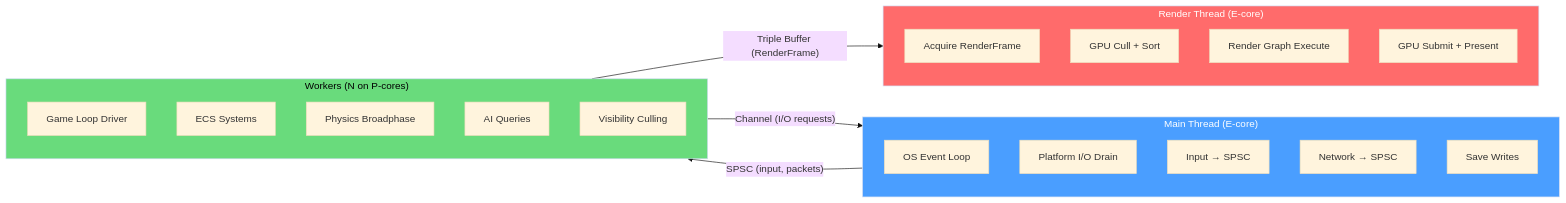
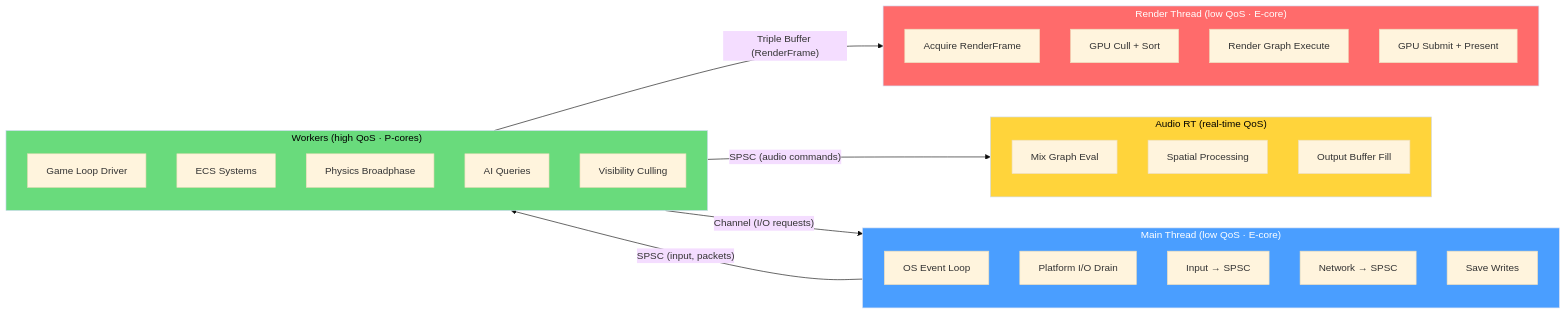
Before and after one commit to harmonius-dev/harmonius: the second of 4 diagrams in docs/design/integration/high-level.md, drawn with Mermaid (base theme). The commit also changed other lines of this file and 57 other files, not shown here.

````diff
--- a/docs/design/integration/high-level.md
+++ b/docs/design/integration/high-level.md
@@ -252,33 +253,41 @@
 ```mermaid
 flowchart LR
-    subgraph MT["Main Thread (E-core)"]
+    subgraph MT["Main Thread (low QoS · E-core)"]
         MT1[OS Event Loop]
         MT2[Platform I/O Drain]
         MT3[Input → SPSC]
         MT4[Network → SPSC]
         MT5[Save Writes]
     end
 
-    subgraph WK["Workers (N on P-cores)"]
+    subgraph WK["Workers (high QoS · P-cores)"]
         WK1[Game Loop Driver]
         WK2[ECS Systems]
         WK3[Physics Broadphase]
         WK4[AI Queries]
         WK5[Visibility Culling]
     end
 
-    subgraph RT["Render Thread (E-core)"]
+    subgraph RT["Render Thread (low QoS · E-core)"]
         RT1[Acquire RenderFrame]
         RT2[GPU Cull + Sort]
         RT3[Render Graph Execute]
         RT4[GPU Submit + Present]
     end
 
+    subgraph AT["Audio RT (real-time QoS)"]
+        AT1[Mix Graph Eval]
+        AT2[Spatial Processing]
+        AT3[Output Buffer Fill]
+    end
+
     MT -->|"SPSC (input, packets)"| WK
     WK -->|"Triple Buffer (RenderFrame)"| RT
+    WK -->|"SPSC (audio commands)"| AT
     WK -->|"Channel (I/O requests)"| MT
 
     style MT fill:#4a9eff,color:#fff
     style WK fill:#69db7c,color:#000
     style RT fill:#ff6b6b,color:#fff
+    style AT fill:#ffd43b,color:#000
 ```
````
